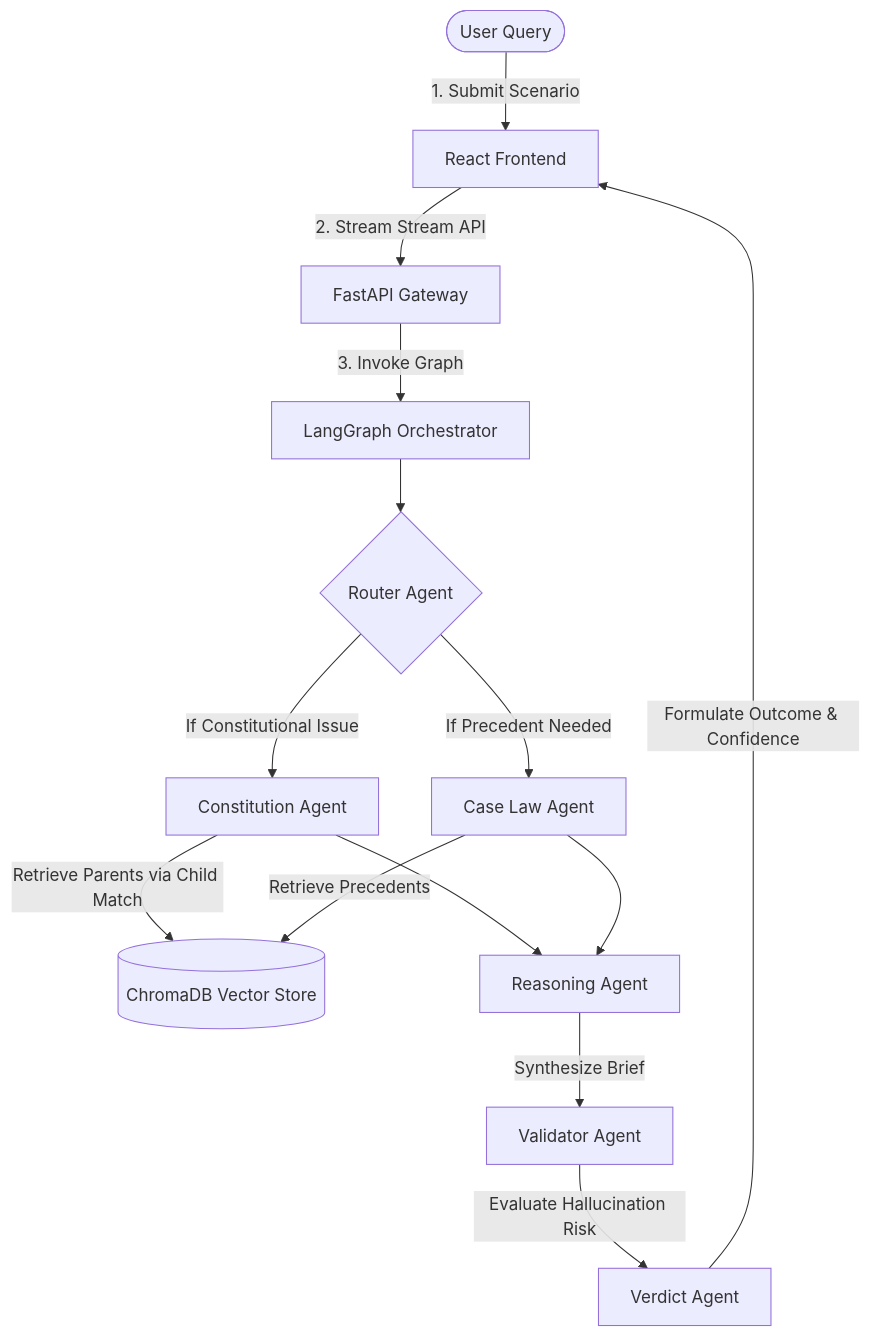
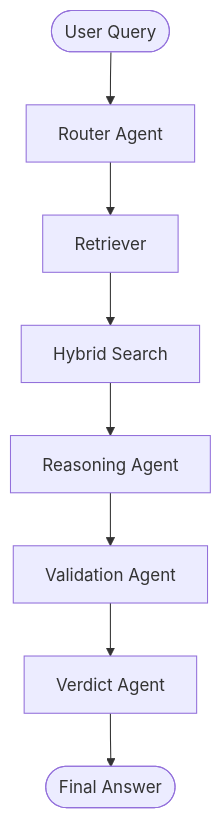
The diagram in README.md (ramsaitanguturi/Indian-Constitution-), drawn with Mermaid before and after one commit. The commit also changed other lines of this file and 14 other files, not shown here.

````diff
--- a/README.md
+++ b/README.md
@@ -23,21 +11,10 @@
 ```mermaid
 graph TD
-    User([User Query]) -->|1. Submit Scenario| FE[React Frontend]
-    FE -->|2. Stream Stream API| API[FastAPI Gateway]
-    API -->|3. Invoke Graph| LG[LangGraph Orchestrator]
-    
-    LG --> Router{Router Agent}
-    Router -->|If Constitutional Issue| ConstAgent[Constitution Agent]
-    Router -->|If Precedent Needed| CaseAgent[Case Law Agent]
-    
-    ConstAgent -->|Retrieve Parents via Child Match| DB[(ChromaDB Vector Store)]
-    CaseAgent -->|Retrieve Precedents| DB
-    
-    ConstAgent --> ReasonAgent[Reasoning Agent]
-    CaseAgent --> ReasonAgent
-    
-    ReasonAgent -->|Synthesize Brief| ValidAgent[Validator Agent]
-    ValidAgent -->|Evaluate Hallucination Risk| VerdictAgent[Verdict Agent]
-    
-    VerdictAgent -->|Formulate Outcome & Confidence| FE
+    UserQuery([User Query]) --> RouterAgent[Router Agent]
+    RouterAgent --> Retriever[Retriever]
+    Retriever --> HybridSearch[Hybrid Search]
+    HybridSearch --> ReasonAgent[Reasoning Agent]
+    ReasonAgent --> ValidAgent[Validation Agent]
+    ValidAgent --> VerdictAgent[Verdict Agent]
+    VerdictAgent --> FinalAnswer([Final Answer])
 ```
````
